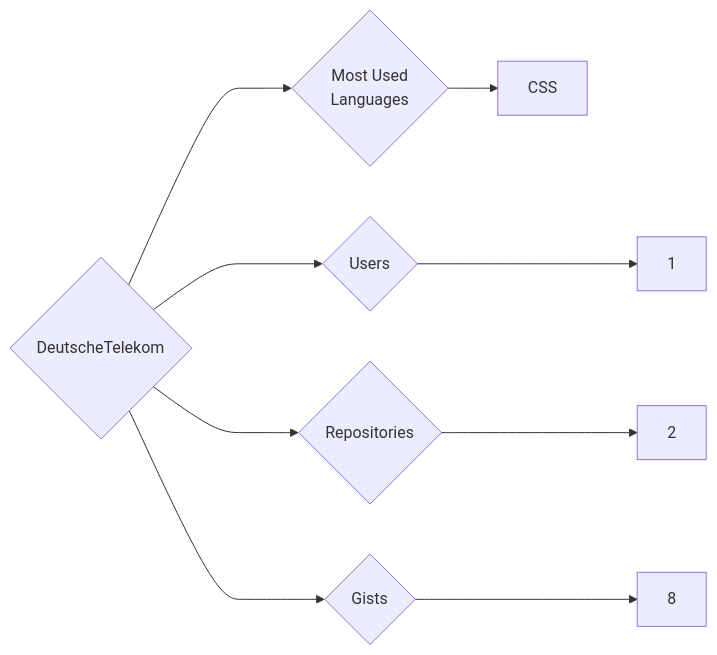
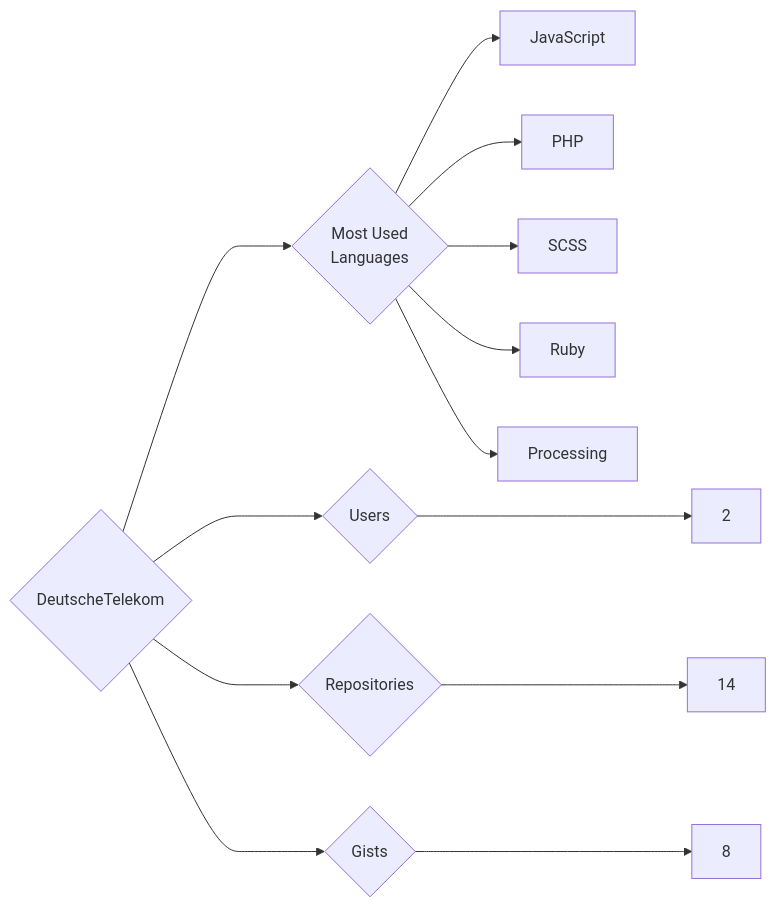
One commit to trickest/insiders changed the diagram in targets/DeutscheTelekom/README.md. Above: the diagram before and after it, drawn with Mermaid. The commit also changed 1089 other files, not shown here.

````diff
--- a/targets/DeutscheTelekom/README.md
+++ b/targets/DeutscheTelekom/README.md
@@ -3,9 +3,13 @@
 ```mermaid
 graph LR
 COMPANY_NAME{DeutscheTelekom}
-COMPANY_NAME ---> U{Users} ---> UN[1]
-COMPANY_NAME ---> R{Repositories} ---> RN[2]
+COMPANY_NAME ---> U{Users} ---> UN[2]
+COMPANY_NAME ---> R{Repositories} ---> RN[14]
 COMPANY_NAME ---> G{Gists} ---> GN[8]
 COMPANY_NAME ---> ML{Most Used<br>Languages}
-ML --> CSS[CSS]
+ML --> JavaScript[JavaScript]
+ML --> PHP[PHP]
+ML --> SCSS[SCSS]
+ML --> Ruby[Ruby]
+ML --> Processing[Processing]
 ```
````
